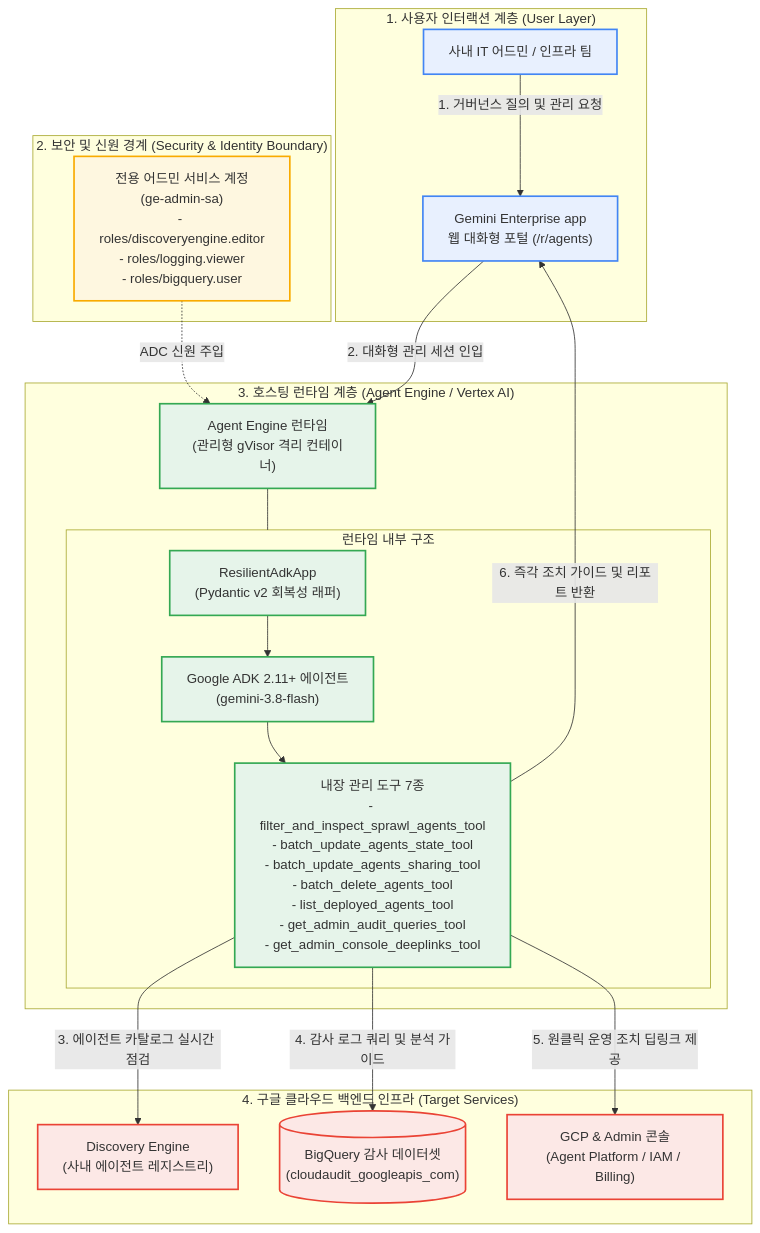
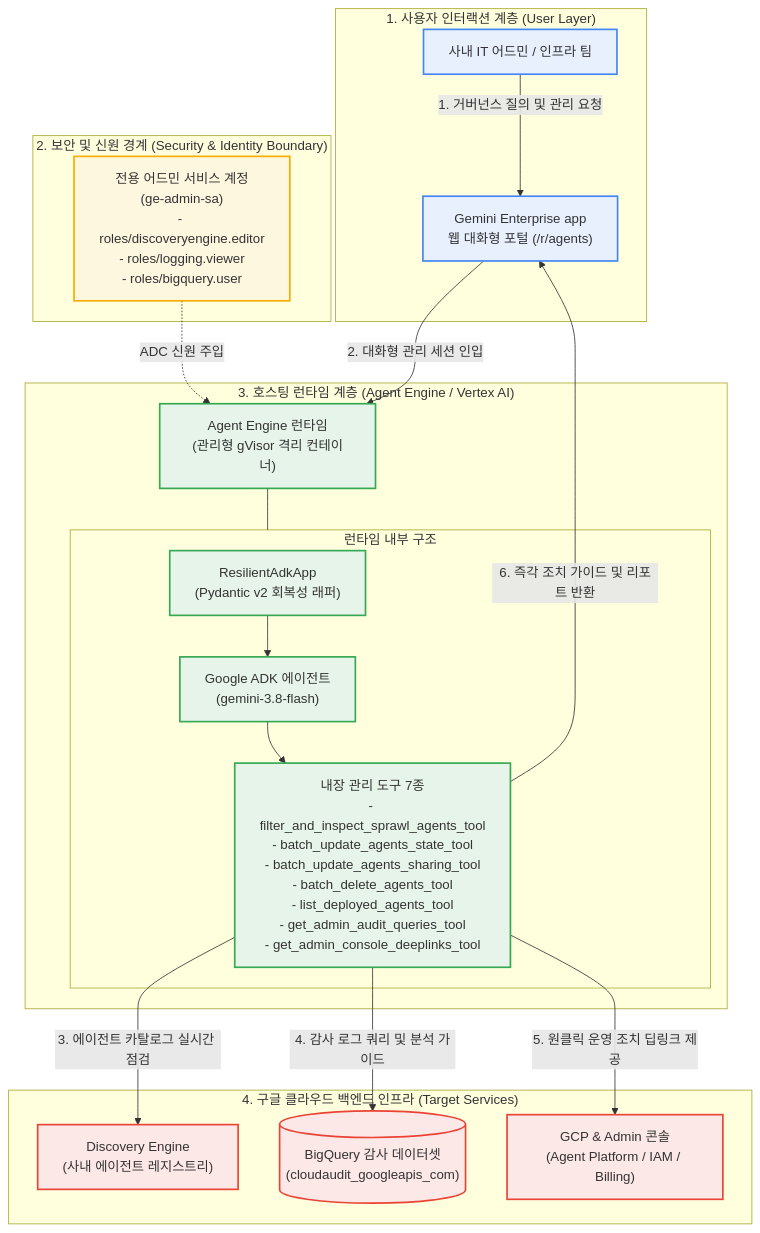
Before and after one commit to jiangjun-forge/google-cloud-0-to-1: the diagram in samples/gemini-enterprise-copilot-admin/README.md, drawn with Mermaid. The commit also changed 5 other files, not shown here.

````diff
--- a/samples/gemini-enterprise-copilot-admin/README.md
+++ b/samples/gemini-enterprise-copilot-admin/README.md
@@ -92,41 +92,41 @@
 ```mermaid
 flowchart TB
     subgraph Client["1. 사용자 인터랙션 계층 (User Layer)"]
         AdminUser["사내 IT 어드민 / 인프라 팀"] -->|"1. 거버넌스 질의 및 관리 요청"| GEApp["Gemini Enterprise app<br/>웹 대화형 포털 (/r/agents)"]
     end
 
     subgraph Security["2. 보안 및 신원 경계 (Security & Identity Boundary)"]
         SA["전용 어드민 서비스 계정<br/>(ge-admin-sa)<br/>- roles/discoveryengine.editor<br/>- roles/logging.viewer<br/>- roles/bigquery.user"]
     end
 
     subgraph Runtime["3. 호스팅 런타임 계층 (Agent Engine / Vertex AI)"]
         GEApp -->|"2. 대화형 관리 세션 인입"| Engine["Agent Engine 런타임<br/>(관리형 gVisor 격리 컨테이너)"]
         
         subgraph InsideEngine["런타임 내부 구조"]
             Wrapper["ResilientAdkApp<br/>(Pydantic v2 회복성 래퍼)"]
-            ADK["Google ADK 2.11+ 에이전트<br/>(gemini-3.8-flash)"]
+            ADK["Google ADK 에이전트<br/>(gemini-3.8-flash)"]
             Tools["내장 관리 도구 7종<br/>- filter_and_inspect_sprawl_agents_tool<br/>- batch_update_agents_state_tool<br/>- batch_update_agents_sharing_tool<br/>- batch_delete_agents_tool<br/>- list_deployed_agents_tool<br/>- get_admin_audit_queries_tool<br/>- get_admin_console_deeplinks_tool"]
             Wrapper --> ADK --> Tools
         end
         Engine --- InsideEngine
     end
 
     subgraph Backend["4. 구글 클라우드 백엔드 인프라 (Target Services)"]
         Tools -->|"3. 에이전트 카탈로그 실시간 점검"| DiscEng["Discovery Engine<br/>(사내 에이전트 레지스트리)"]
         Tools -->|"4. 감사 로그 쿼리 및 분석 가이드"| BQ[("BigQuery 감사 데이터셋<br/>(cloudaudit_googleapis_com)")]
         Tools -->|"5. 원클릭 운영 조치 딥링크 제공"| Consoles["GCP & Admin 콘솔<br/>(Agent Platform / IAM / Billing)"]
     end
 
     SA -.->|"ADC 신원 주입"| Engine
     Tools -->|"6. 즉각 조치 가이드 및 리포트 반환"| GEApp
 
     classDef portal fill:#e8f0fe,stroke:#4285f4,stroke-width:2px;
     classDef security fill:#fef7e0,stroke:#f9ab00,stroke-width:2px;
     classDef runtime fill:#e6f4ea,stroke:#34a853,stroke-width:2px;
     classDef backend fill:#fce8e6,stroke:#ea4335,stroke-width:2px;
 
     class AdminUser,GEApp portal;
     class SA security;
     class Engine,Wrapper,ADK,Tools runtime;
     class DiscEng,BQ,Consoles backend;
 ```
````
